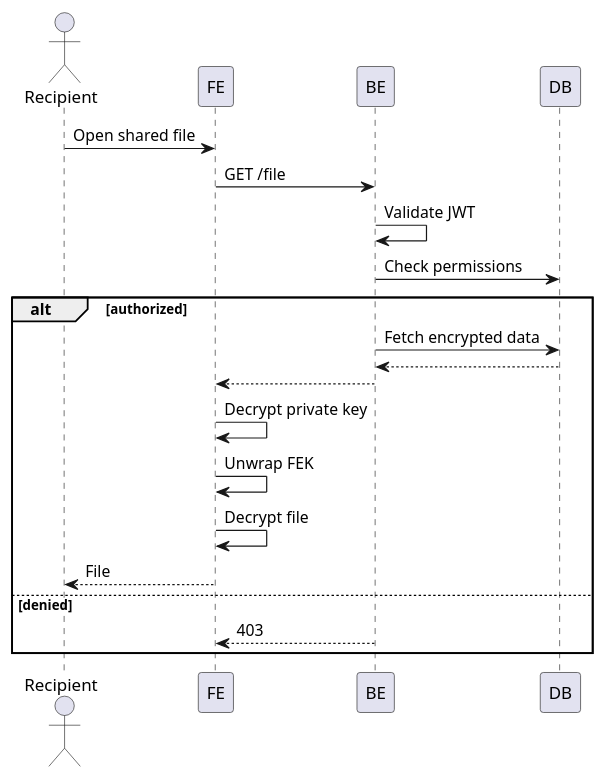
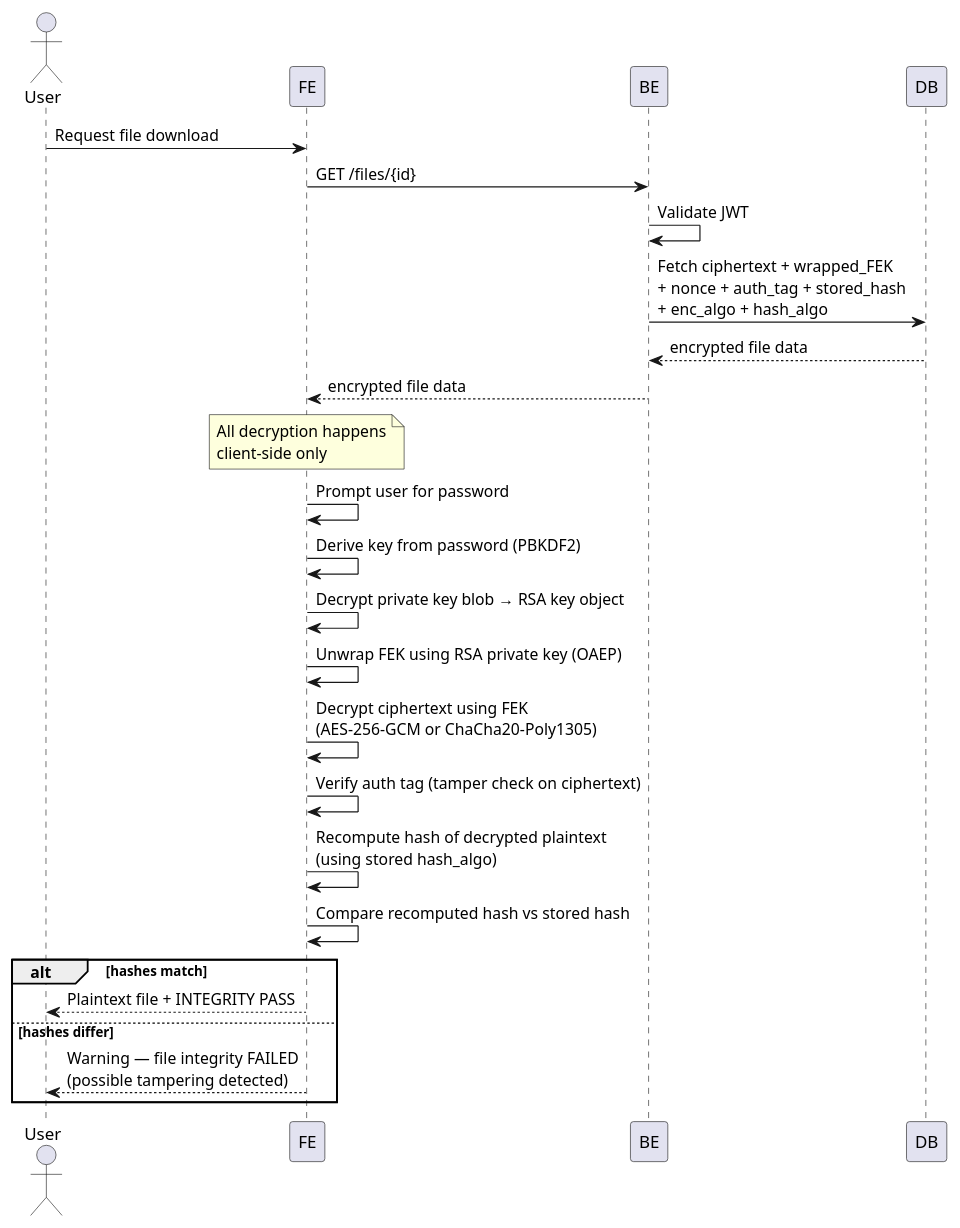
Before and after one commit to codedsami/SOEN-321-Project: the diagram in docs/plantuml/us-6-download.puml, drawn with PlantUML. The commit also changed 9 other files, not shown here.

```diff
--- a/docs/plantuml/us-6-download.puml
+++ b/docs/plantuml/us-6-download.puml
@@ -1,27 +1,32 @@
 @startuml
-actor Recipient
+actor User
 participant FE
 participant BE
 participant DB
 
-Recipient -> FE : Open shared file
-FE -> BE : GET /file
+User -> FE : Request file download
 
+FE -> BE : GET /files/{id}
 BE -> BE : Validate JWT
-BE -> DB : Check permissions
+BE -> DB : Fetch ciphertext + wrapped_FEK\n+ nonce + auth_tag + stored_hash\n+ enc_algo + hash_algo
+DB --> BE : encrypted file data
+BE --> FE : encrypted file data
 
-alt authorized
-    BE -> DB : Fetch encrypted data
-    DB --> BE
-    BE --> FE
+note over FE : All decryption happens\nclient-side only
 
-    FE -> FE : Decrypt private key
-    FE -> FE : Unwrap FEK
-    FE -> FE : Decrypt file
+FE -> FE : Prompt user for password
+FE -> FE : Derive key from password (PBKDF2)
+FE -> FE : Decrypt private key blob → RSA key object
+FE -> FE : Unwrap FEK using RSA private key (OAEP)
+FE -> FE : Decrypt ciphertext using FEK\n(AES-256-GCM or ChaCha20-Poly1305)
+FE -> FE : Verify auth tag (tamper check on ciphertext)
 
-    FE --> Recipient : File
-else denied
-    BE --> FE : 403
+FE -> FE : Recompute hash of decrypted plaintext\n(using stored hash_algo)
+FE -> FE : Compare recomputed hash vs stored hash
+
+alt hashes match
+    FE --> User : Plaintext file + INTEGRITY PASS
+else hashes differ
+    FE --> User : Warning — file integrity FAILED\n(possible tampering detected)
 end
-
 @enduml
```
